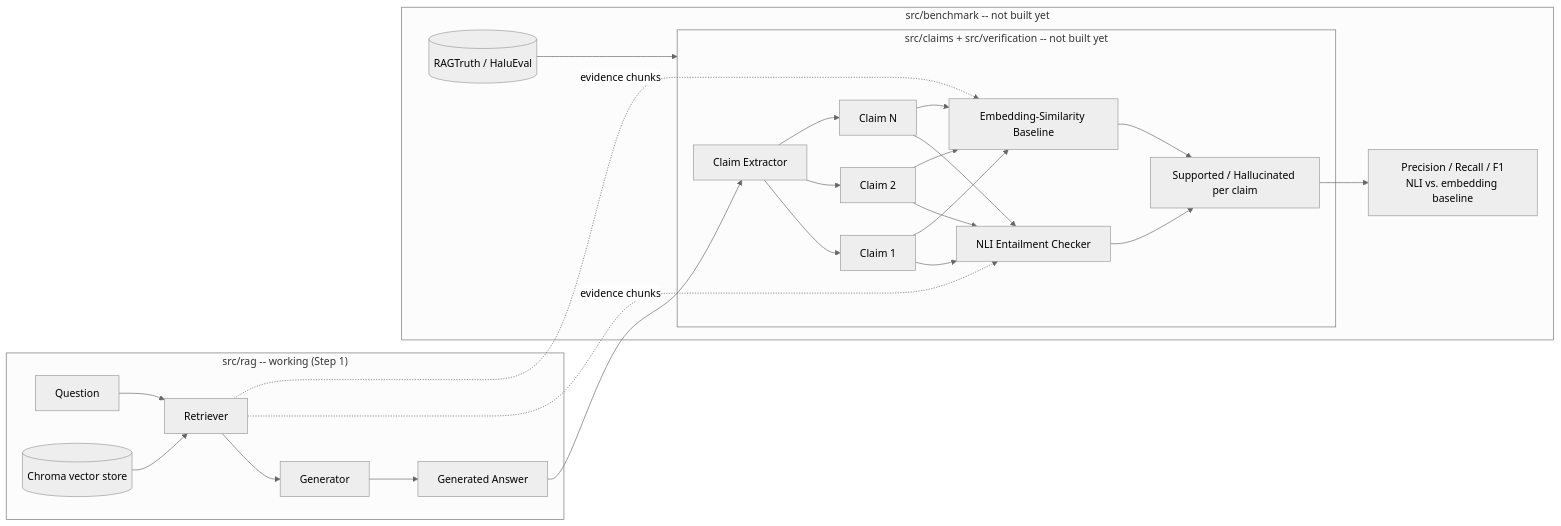
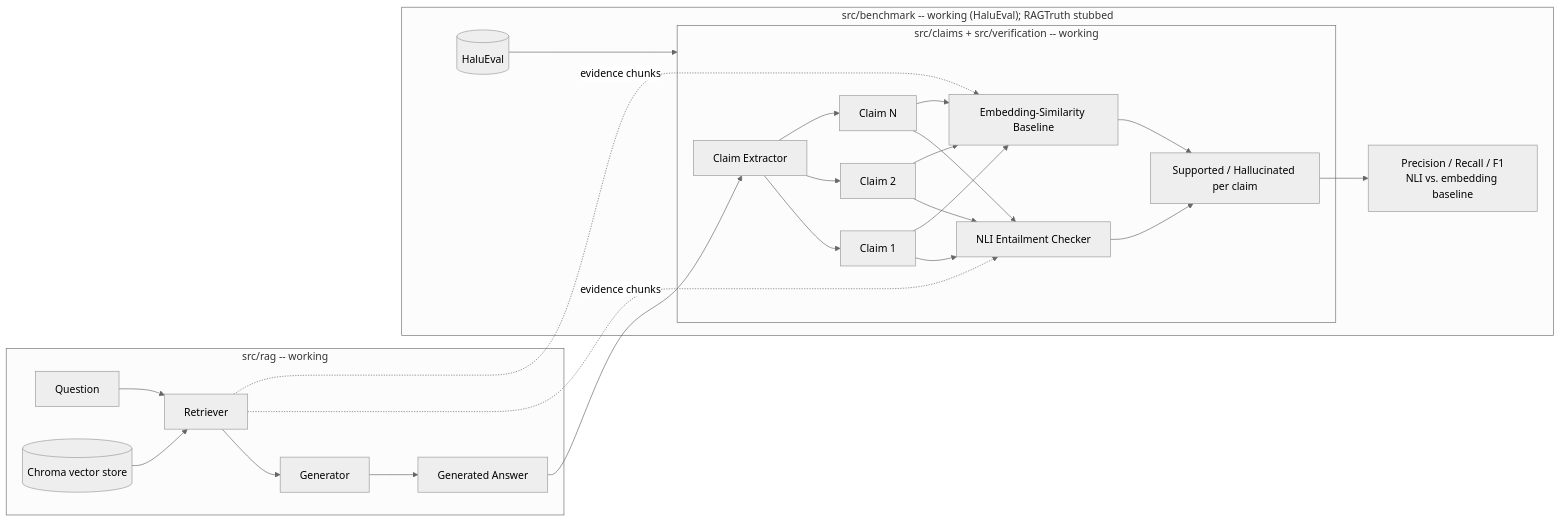
Before and after one commit to RawCooked/RAGCheck-rag-hallucination-detector: the diagram in README.md, drawn with Mermaid (neutral theme). The commit also changed other lines of this file and 16 other files, not shown here.

````diff
--- a/README.md
+++ b/README.md
@@ -22,27 +37,27 @@
 ```mermaid
 flowchart LR
-    subgraph RAG["src/rag -- working (Step 1)"]
+    subgraph RAG["src/rag -- working"]
         Q[Question] --> R[Retriever]
         C[(Chroma vector store)] --> R
         R --> G[Generator]
         G --> A[Generated Answer]
     end
 
-    subgraph Detector["src/claims + src/verification -- not built yet"]
+    subgraph Detector["src/claims + src/verification -- working"]
         A --> CE[Claim Extractor]
         CE --> C1[Claim 1]
         CE --> C2[Claim 2]
         CE --> CN[Claim N]
         C1 & C2 & CN --> NLI[NLI Entailment Checker]
         C1 & C2 & CN --> EMB[Embedding-Similarity Baseline]
         R -.evidence chunks.-> NLI
         R -.evidence chunks.-> EMB
         NLI --> V[Supported / Hallucinated per claim]
         EMB --> V
     end
 
-    subgraph Bench["src/benchmark -- not built yet"]
-        DS[(RAGTruth / HaluEval)] --> Detector
+    subgraph Bench["src/benchmark -- working (HaluEval); RAGTruth stubbed"]
+        DS[(HaluEval)] --> Detector
         V --> M[Precision / Recall / F1<br/>NLI vs. embedding baseline]
     end
 ```
````
